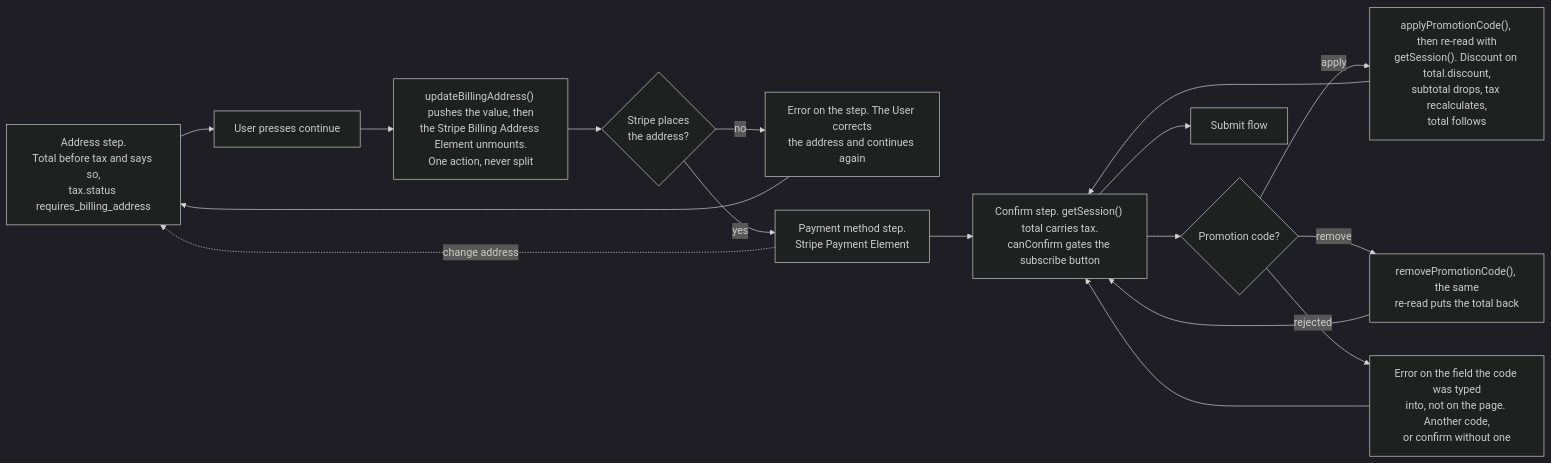
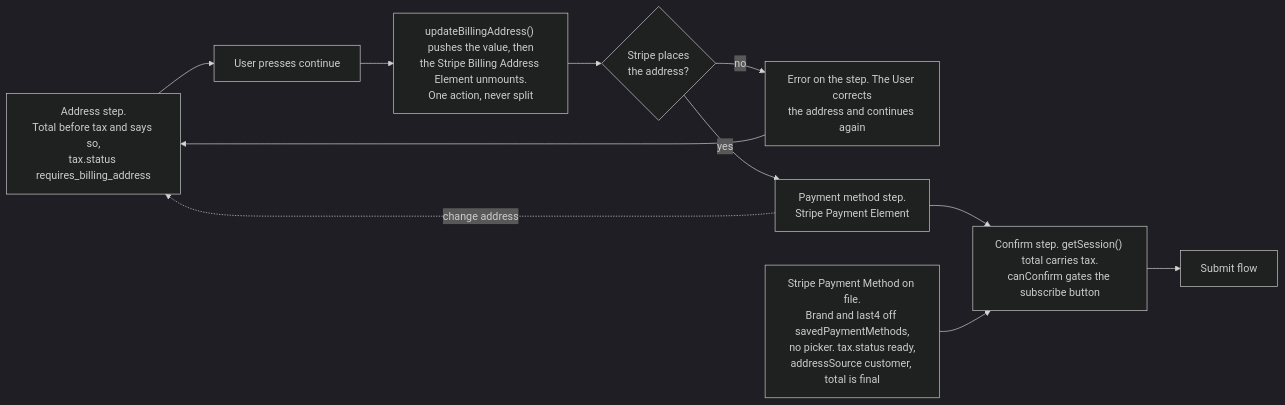
One commit to websanova/starter-flows changed the first of 2 diagrams in public/specs/flows/subscription/stripe/Create2UserAction.md. Above: the diagram before and after it, drawn with Mermaid (dark theme). The commit also changed other lines of this file, not shown here.

Commit message:
Update create phase 2 diagrams (separate promo codes logic).

````diff
--- a/public/specs/flows/subscription/stripe/Create2UserAction.md
+++ b/public/specs/flows/subscription/stripe/Create2UserAction.md
@@ -48,19 +48,13 @@
 ```mermaid
 flowchart LR
     J["Address step.<br/>Total before tax and says so,<br/>tax.status requires_billing_address"] --> K[User presses continue]
     K --> K1["updateBillingAddress() pushes the value, then<br/>the Stripe Billing Address Element unmounts.<br/>One action, never split"]
     K1 --> K2{Stripe places<br/>the address?}
     K2 -->|no| K3[Error on the step. The User corrects<br/>the address and continues again]
     K3 --> J
     K2 -->|yes| L[Payment method step.<br/>Stripe Payment Element]
     L -.->|change address| J
     L --> M["Confirm step. getSession() total carries tax.<br/>canConfirm gates the subscribe button"]
-    M --> P1{Promotion code?}
-    P1 -->|apply| P2["applyPromotionCode(), then re-read with<br/>getSession(). Discount on total.discount,<br/>subtotal drops, tax recalculates,<br/>total follows"]
-    P1 -->|remove| P3["removePromotionCode(), the same<br/>re-read puts the total back"]
-    P1 -->|rejected| P4[Error on the field the code was typed<br/>into, not on the page. Another code,<br/>or confirm without one]
-    P2 --> M
-    P3 --> M
-    P4 --> M
+    M1["Stripe Payment Method on file.<br/>Brand and last4 off savedPaymentMethods,<br/>no picker. tax.status ready,<br/>addressSource customer, total is final"] --> M
     M --> N[Submit flow]
 ```
````
